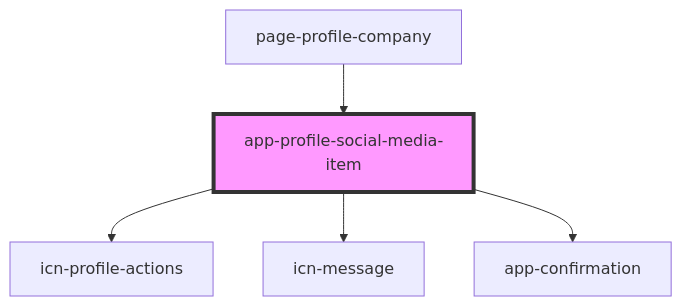
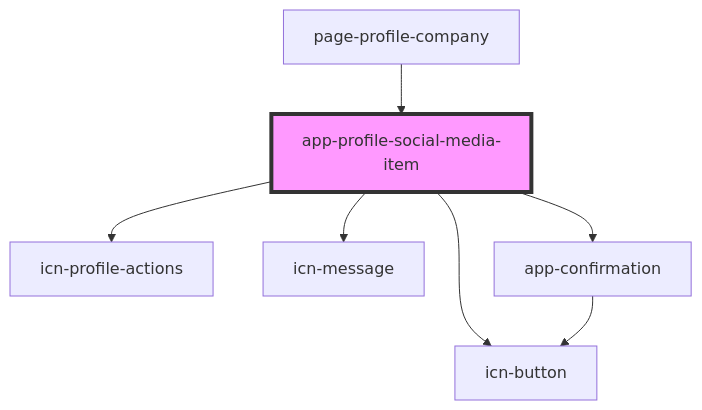
One commit to lokheed/IconEventNetwork.Web changed the diagram in iconeventnetwork-web/src/components/app-profile-social-media-item/readme.md. Above: the diagram before and after it, drawn with Mermaid. The commit also changed other lines of this file and 61 other files, not shown here.

First line of the commit message:
Created icn-button component

````diff
--- a/iconeventnetwork-web/src/components/app-profile-social-media-item/readme.md
+++ b/iconeventnetwork-web/src/components/app-profile-social-media-item/readme.md
@@ -37,8 +38,10 @@
 ```mermaid
 graph TD;
   app-profile-social-media-item --> icn-profile-actions
   app-profile-social-media-item --> icn-message
+  app-profile-social-media-item --> icn-button
   app-profile-social-media-item --> app-confirmation
+  app-confirmation --> icn-button
   page-profile-company --> app-profile-social-media-item
   style app-profile-social-media-item fill:#f9f,stroke:#333,stroke-width:4px
 ```
````
